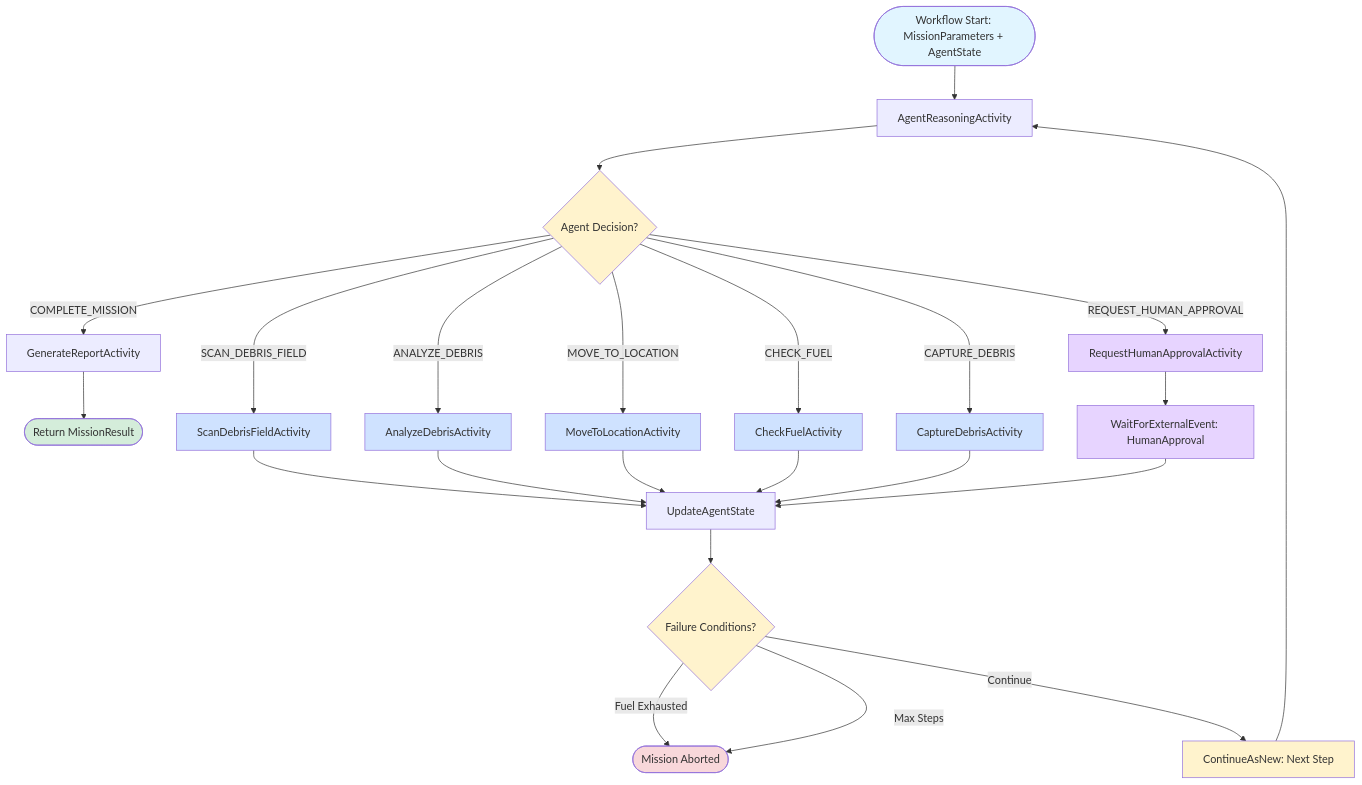
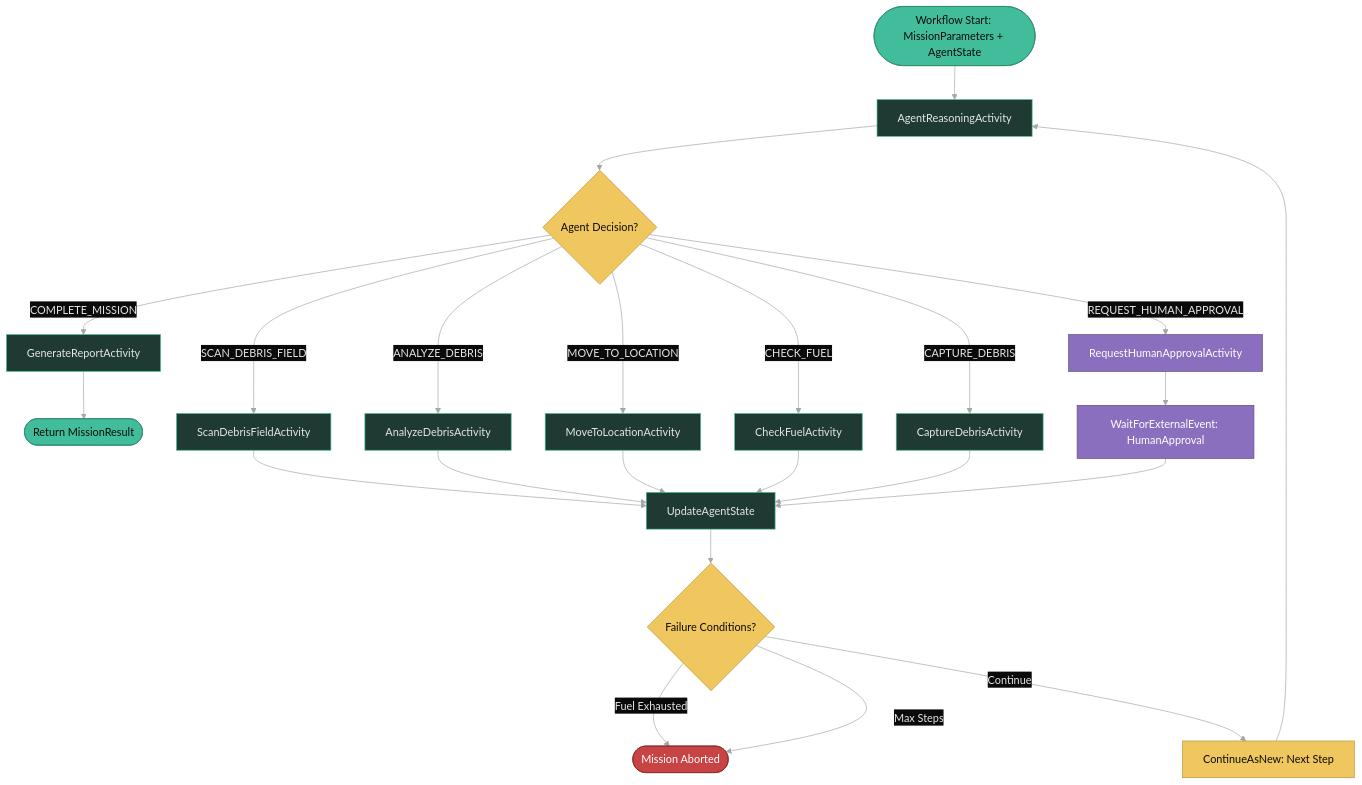
One commit to diagrid-labs/dapr-reliable-agentic-systems changed the diagram in .demo/slides/12-autonomous-agent/12-05-demo-diagram.md. Above: the diagram before and after it, drawn with Mermaid. The commit also changed 55 other files, not shown here.

````diff
--- a/.demo/slides/12-autonomous-agent/12-05-demo-diagram.md
+++ b/.demo/slides/12-autonomous-agent/12-05-demo-diagram.md
@@ -3,39 +3,40 @@
 ```mermaid
+%%{init: {"theme":"base","themeVariables":{"background":"#0a0a0a","primaryColor":"#1f3a32","primaryTextColor":"#e6e6e6","primaryBorderColor":"#41BD9B","lineColor":"#A6A6A6","secondaryColor":"#111315","tertiaryColor":"#111315","clusterBkg":"#111315","clusterBorder":"#41BD9B","titleColor":"#F0C75E","edgeLabelBackground":"#0a0a0a","noteBkgColor":"#111315","noteTextColor":"#e6e6e6","noteBorderColor":"#41BD9B","actorBkg":"#1f3a32","actorBorder":"#41BD9B","actorTextColor":"#e6e6e6","actorLineColor":"#A6A6A6","signalColor":"#A6A6A6","signalTextColor":"#e6e6e6","labelBoxBkgColor":"#0a0a0a","labelBoxBorderColor":"#41BD9B","labelTextColor":"#e6e6e6","loopTextColor":"#e6e6e6","altSectionBkgColor":"#111315","sectionBkgColor":"#111315","fontFamily":"Geist,sans-serif"}}}%%
 graph TD
     Start([Workflow Start: MissionParameters + AgentState]) --> A1[AgentReasoningActivity]
     A1 --> Router{Agent Decision?}
     Router -->|COMPLETE_MISSION| A2[GenerateReportActivity]
     A2 --> End([Return MissionResult])
     Router -->|SCAN_DEBRIS_FIELD| T1[ScanDebrisFieldActivity]
     Router -->|ANALYZE_DEBRIS| T2[AnalyzeDebrisActivity]
     Router -->|MOVE_TO_LOCATION| T3[MoveToLocationActivity]
     Router -->|CHECK_FUEL| T4[CheckFuelActivity]
     Router -->|CAPTURE_DEBRIS| T5[CaptureDebrisActivity]
     Router -->|REQUEST_HUMAN_APPROVAL| T6[RequestHumanApprovalActivity]
     T1 --> Update[UpdateAgentState]
     T2 --> Update
     T3 --> Update
     T4 --> Update
     T5 --> Update
     T6 --> Wait[WaitForExternalEvent: HumanApproval]
     Wait --> Update
     Update --> Check{Failure Conditions?}
     Check -->|Fuel Exhausted| Fail([Mission Aborted])
     Check -->|Max Steps| Fail
     Check -->|Continue| ContinueAsNew[ContinueAsNew: Next Step]
     ContinueAsNew --> A1
     
-    style Start fill:#e1f5ff
-    style End fill:#d4edda
-    style Fail fill:#f8d7da
-    style Router fill:#fff3cd
-    style Check fill:#fff3cd
-    style T1 fill:#cfe2ff
-    style T2 fill:#cfe2ff
-    style T3 fill:#cfe2ff
-    style T4 fill:#cfe2ff
-    style T5 fill:#cfe2ff
-    style T6 fill:#e7d4ff
-    style Wait fill:#e7d4ff
-    style ContinueAsNew fill:#fff3cd
+    style Start fill:#41BD9B,stroke:#2d8a70,color:#0a0a0a
+    style End fill:#41BD9B,stroke:#2d8a70,color:#0a0a0a
+    style Fail fill:#c84444,stroke:#8a2a2a,color:#ffffff
+    style Router fill:#F0C75E,stroke:#b8943f,color:#0a0a0a
+    style Check fill:#F0C75E,stroke:#b8943f,color:#0a0a0a
+    style T1 fill:#1f3a32,stroke:#41BD9B,color:#e6e6e6
+    style T2 fill:#1f3a32,stroke:#41BD9B,color:#e6e6e6
+    style T3 fill:#1f3a32,stroke:#41BD9B,color:#e6e6e6
+    style T4 fill:#1f3a32,stroke:#41BD9B,color:#e6e6e6
+    style T5 fill:#1f3a32,stroke:#41BD9B,color:#e6e6e6
+    style T6 fill:#8B6FBF,stroke:#5d4a87,color:#ffffff
+    style Wait fill:#8B6FBF,stroke:#5d4a87,color:#ffffff
+    style ContinueAsNew fill:#F0C75E,stroke:#b8943f,color:#0a0a0a
 ```
````
